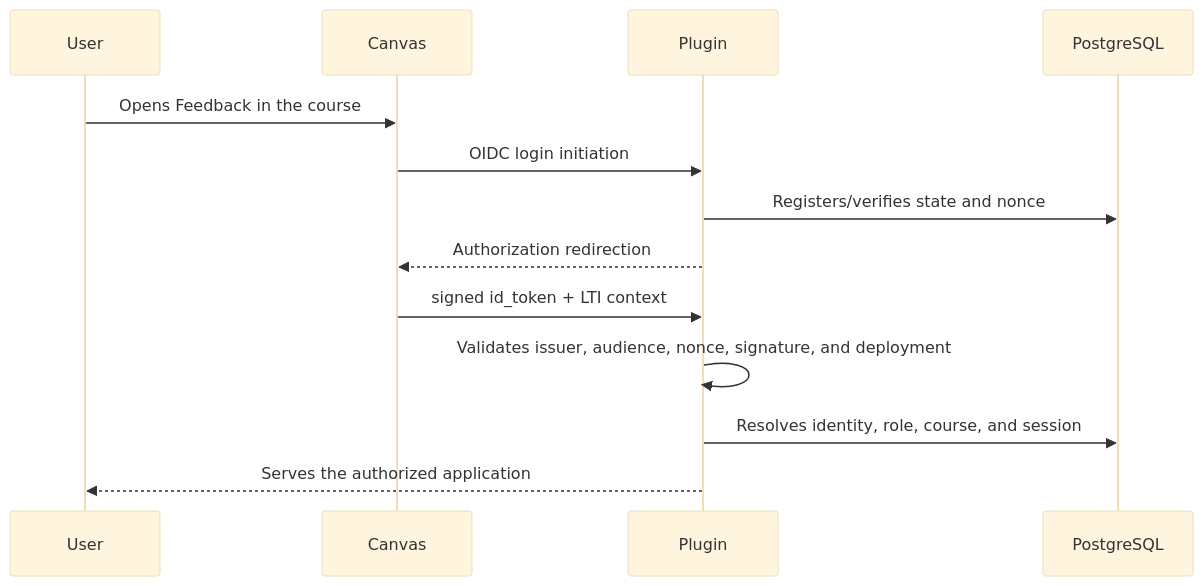
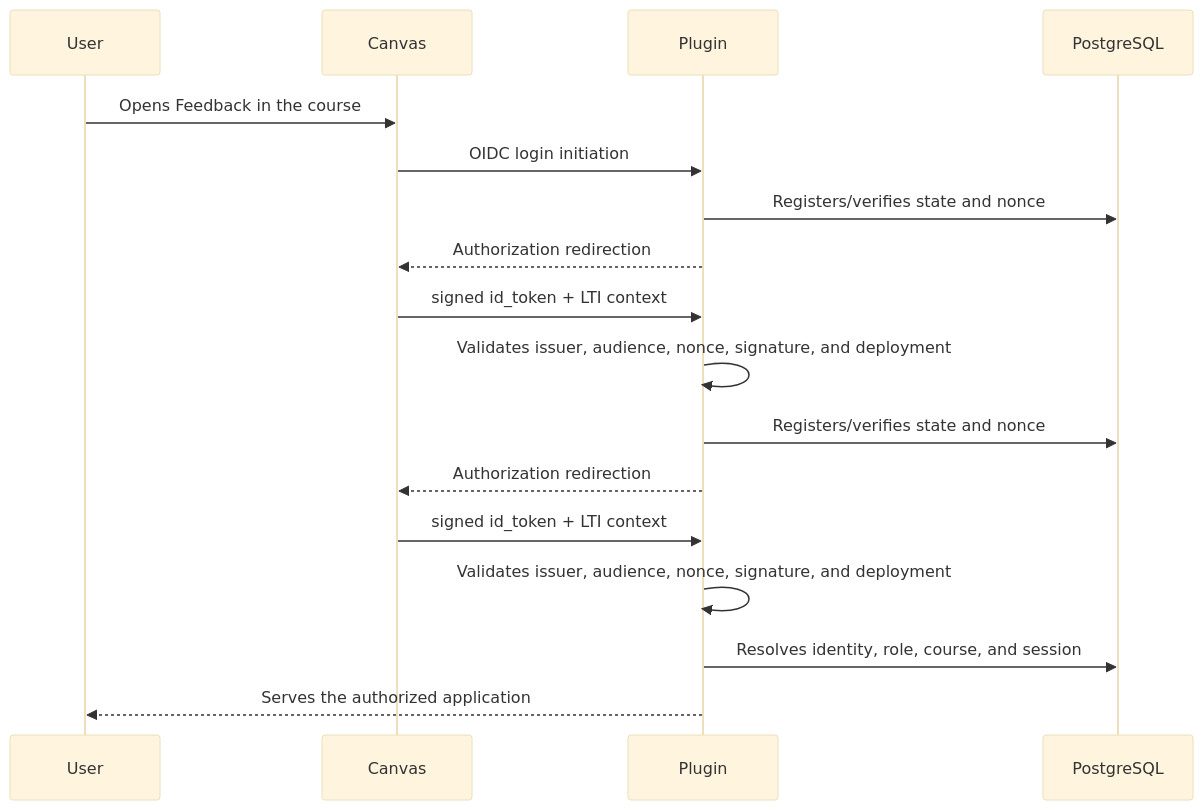
Before and after one commit to JaimeArriagadaRosas/Plugin-Feedback-Canvas: the third of 3 diagrams in docs/ARCHITECTURE.md, drawn with Mermaid (base theme). The commit also changed 91 other files, not shown here.

````diff
--- a/docs/ARCHITECTURE.md
+++ b/docs/ARCHITECTURE.md
@@ -95,16 +95,20 @@
 ```mermaid
 sequenceDiagram
     participant U as User
     participant C as Canvas
     participant P as Plugin
     participant D as PostgreSQL
 
     U->>C: Opens Feedback in the course
     C->>P: OIDC login initiation
     P->>D: Registers/verifies state and nonce
     P-->>C: Authorization redirection
     C->>P: signed id_token + LTI context
     P->>P: Validates issuer, audience, nonce, signature, and deployment
+    P->>D: Registers/verifies state and nonce
+    P-->>C: Authorization redirection
+    C->>P: signed id_token + LTI context
+    P->>P: Validates issuer, audience, nonce, signature, and deployment
     P->>D: Resolves identity, role, course, and session
     P-->>U: Serves the authorized application
 ```
````
